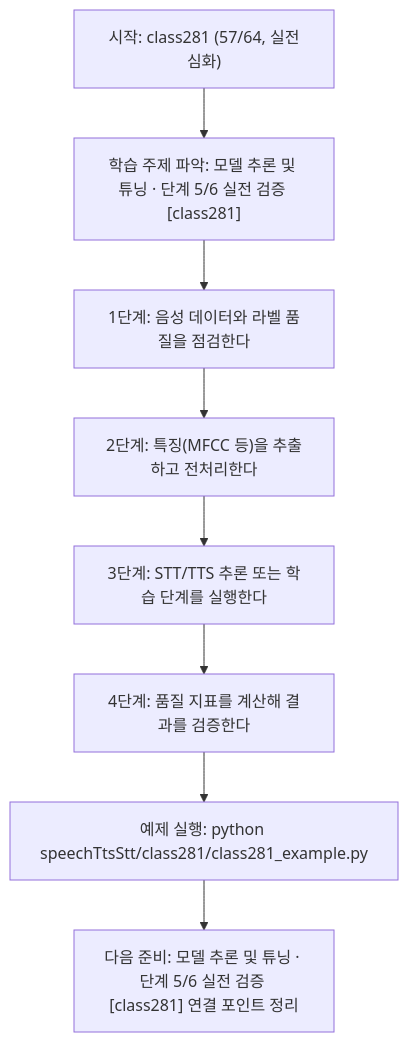
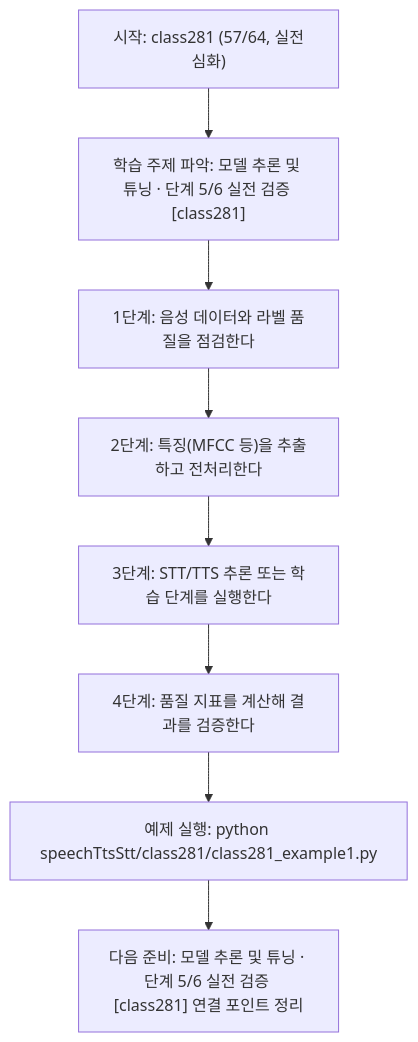
The diagram in speechTtsStt/class281/class281.md (edumgt/Python-AI_Agent-Class), drawn with Mermaid before and after one commit. The commit also changed other lines of this file and 2959 other files, not shown here.

````diff
--- a/speechTtsStt/class281/class281.md
+++ b/speechTtsStt/class281/class281.md
@@ -114,18 +114,18 @@
 ```mermaid
 flowchart TD
 N1["시작: class281 (57/64, 실전심화)"]
 N2["학습 주제 파악: 모델 추론 및 튜닝 · 단계 5/6 실전 검증 [class281]"]
 N3["1단계: 음성 데이터와 라벨 품질을 점검한다"]
 N4["2단계: 특징(MFCC 등)을 추출하고 전처리한다"]
 N5["3단계: STT/TTS 추론 또는 학습 단계를 실행한다"]
 N6["4단계: 품질 지표를 계산해 결과를 검증한다"]
-N7["예제 실행: python speechTtsStt/class281/class281_example.py"]
+N7["예제 실행: python speechTtsStt/class281/class281_example1.py"]
 N8["다음 준비: 모델 추론 및 튜닝 · 단계 5/6 실전 검증 [class281] 연결 포인트 정리"]
 N1 --> N2
 N2 --> N3
 N3 --> N4
 N4 --> N5
 N5 --> N6
 N6 --> N7
 N7 --> N8
 ```
````
